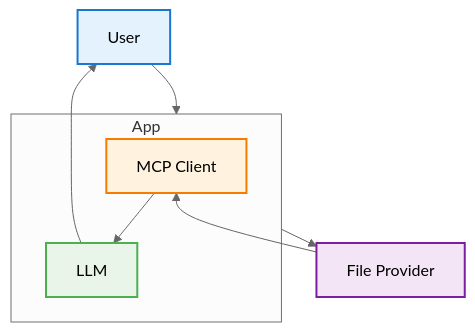
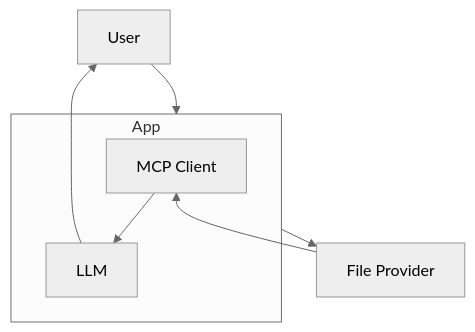
The diagram in docs/5-agentic-ai/5-5-프로토콜-and-표준/model-context-protocol.md (harimkang/ai-engineer-guide), drawn with Mermaid (neutral theme) before and after one commit. The commit also changed 45 other files, not shown here.

````diff
--- a/docs/5-agentic-ai/5-5-프로토콜-and-표준/model-context-protocol.md
+++ b/docs/5-agentic-ai/5-5-프로토콜-and-표준/model-context-protocol.md
@@ -27,17 +27,12 @@
 ```mermaid
 graph TD
     User --> App
     subgraph "App"
         Client[MCP Client]
         LLM
     end
     App --> Provider[File Provider]
     Provider --> Client
     Client --> LLM
     LLM --> User
-
-    style User fill:#e3f2fd,stroke:#1976d2,stroke-width:2px
-    style Client fill:#fff3e0,stroke:#f57c00,stroke-width:2px
-    style LLM fill:#e8f5e8,stroke:#4caf50,stroke-width:2px
-    style Provider fill:#f3e5f5,stroke:#7b1fa2,stroke-width:2px
 ```
````
